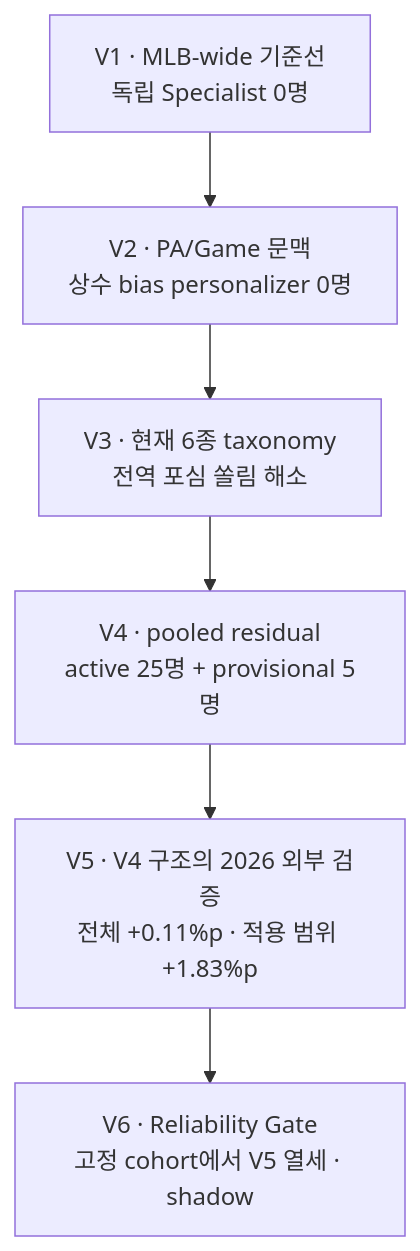
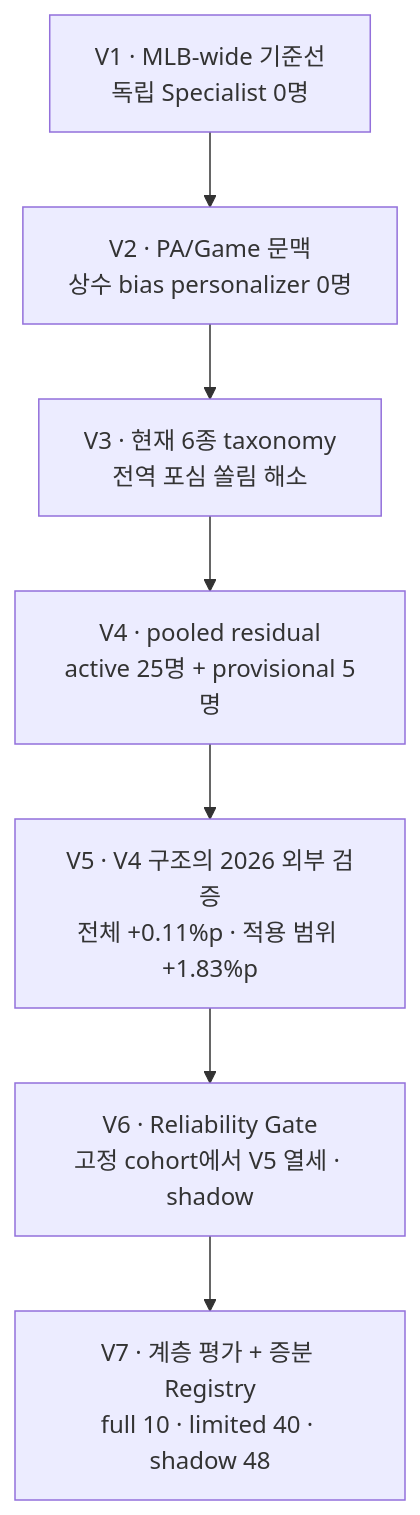
One commit to madcamp-official/OyarZabal changed the first of 2 diagrams in reports/README.md. Above: the diagram before and after it, drawn with Mermaid. The commit also changed other lines of this file and 26 other files, not shown here.

````diff
--- a/reports/README.md
+++ b/reports/README.md
@@ -20,10 +19,11 @@
 ```mermaid
 flowchart TD
     V1["V1 · MLB-wide 기준선<br/>독립 Specialist 0명"]
     V2["V2 · PA/Game 문맥<br/>상수 bias personalizer 0명"]
     V3["V3 · 현재 6종 taxonomy<br/>전역 포심 쏠림 해소"]
     V4["V4 · pooled residual<br/>active 25명 + provisional 5명"]
     V5["V5 · V4 구조의 2026 외부 검증<br/>전체 +0.11%p · 적용 범위 +1.83%p"]
     V6["V6 · Reliability Gate<br/>고정 cohort에서 V5 열세 · shadow"]
-    V1 --> V2 --> V3 --> V4 --> V5 --> V6
+    V7["V7 · 계층 평가 + 증분 Registry<br/>full 10 · limited 40 · shadow 48"]
+    V1 --> V2 --> V3 --> V4 --> V5 --> V6 --> V7
 ```
````
